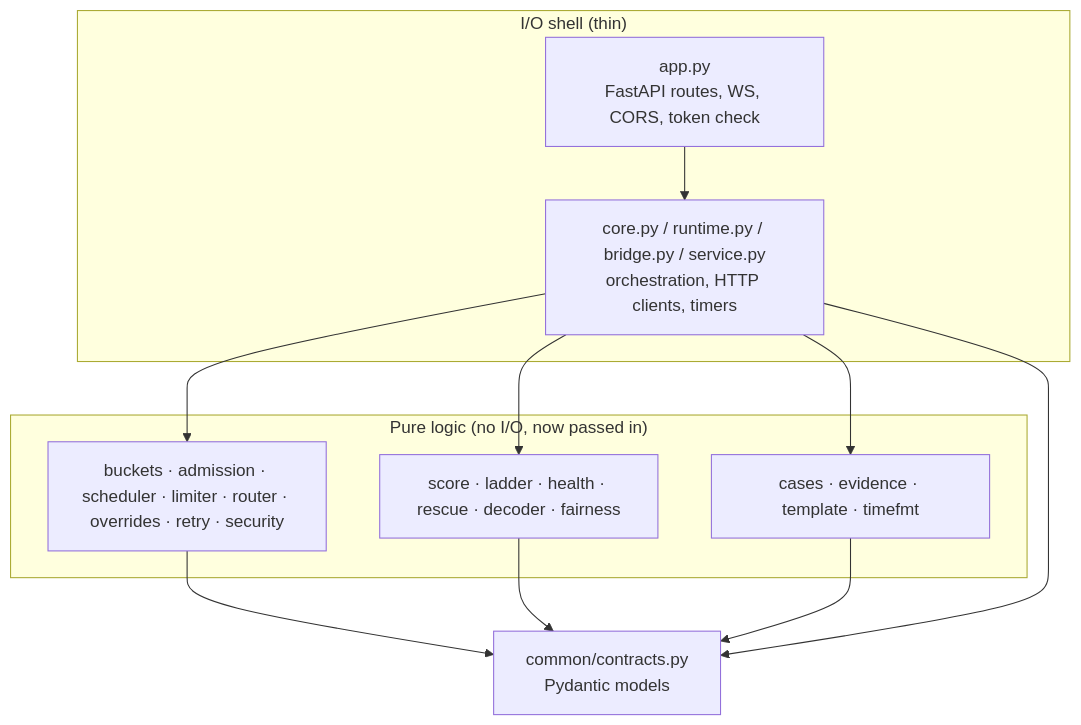
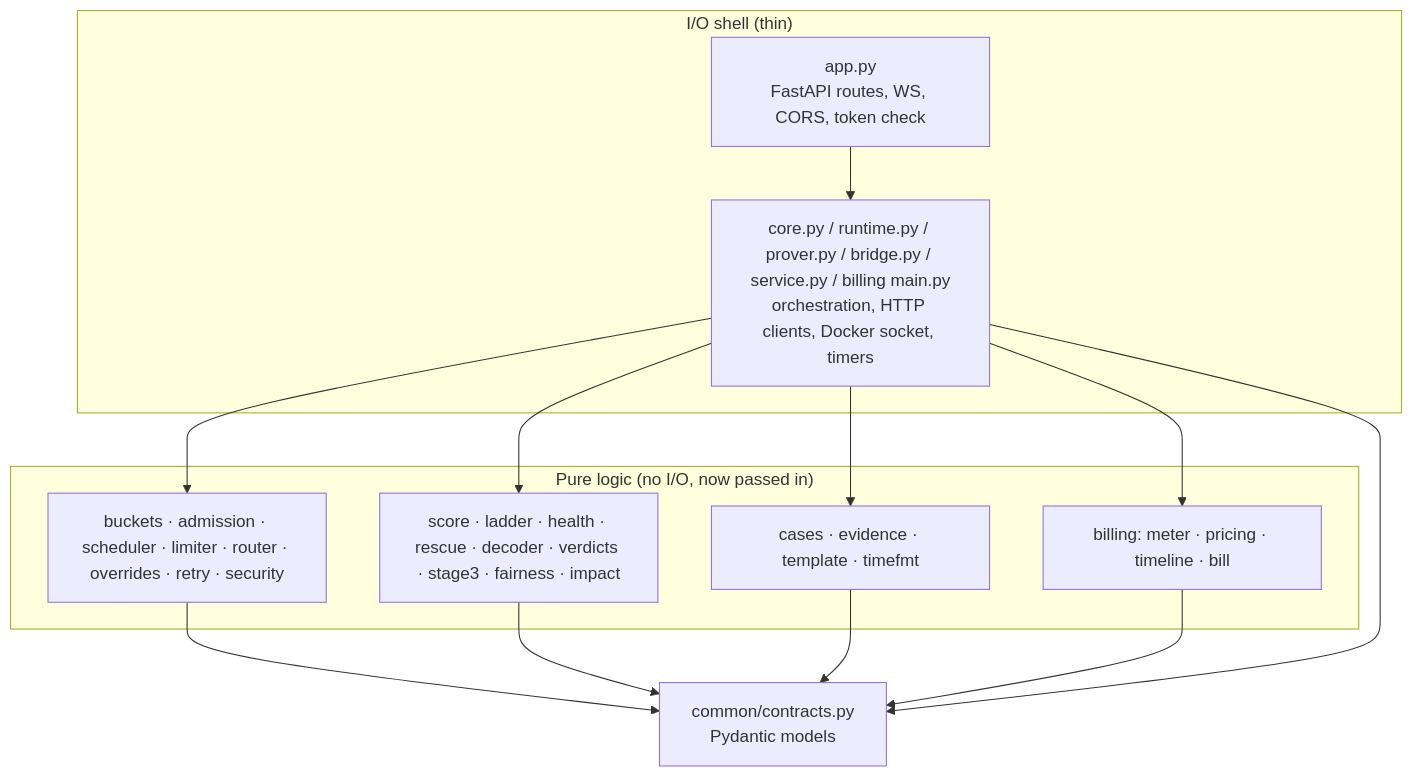
The diagram in prototype-docs/03_SOLID_AND_DESIGN.md (yashodeepchaudhari/tenantguard), drawn with Mermaid before and after one commit. The commit also changed other lines of this file and 23 other files, not shown here.

Commit message:
Prototype docs: catalogs, sequences, config, risks and testing describe the final master; new billing catalog

````diff
--- a/prototype-docs/03_SOLID_AND_DESIGN.md
+++ b/prototype-docs/03_SOLID_AND_DESIGN.md
@@ -5,16 +5,17 @@
 ```mermaid
 flowchart TB
   subgraph shell["I/O shell (thin)"]
     A["app.py<br/>FastAPI routes, WS, CORS, token check"]
-    C["core.py / runtime.py / bridge.py / service.py<br/>orchestration, HTTP clients, timers"]
+    C["core.py / runtime.py / prover.py / bridge.py / service.py / billing main.py<br/>orchestration, HTTP clients, Docker socket, timers"]
   end
   subgraph pure["Pure logic (no I/O, now passed in)"]
     P1["buckets · admission · scheduler · limiter · router · overrides · retry · security"]
-    P2["score · ladder · health · rescue · decoder · fairness"]
+    P2["score · ladder · health · rescue · decoder · verdicts · stage3 · fairness · impact"]
     P3["cases · evidence · template · timefmt"]
+    P4["billing: meter · pricing · timeline · bill"]
   end
   K["common/contracts.py<br/>Pydantic models"]
-  A --> C --> P1 & P2 & P3
-  P1 & P2 & P3 --> K
+  A --> C --> P1 & P2 & P3 & P4
+  P1 & P2 & P3 & P4 --> K
   C --> K
 ```
````
